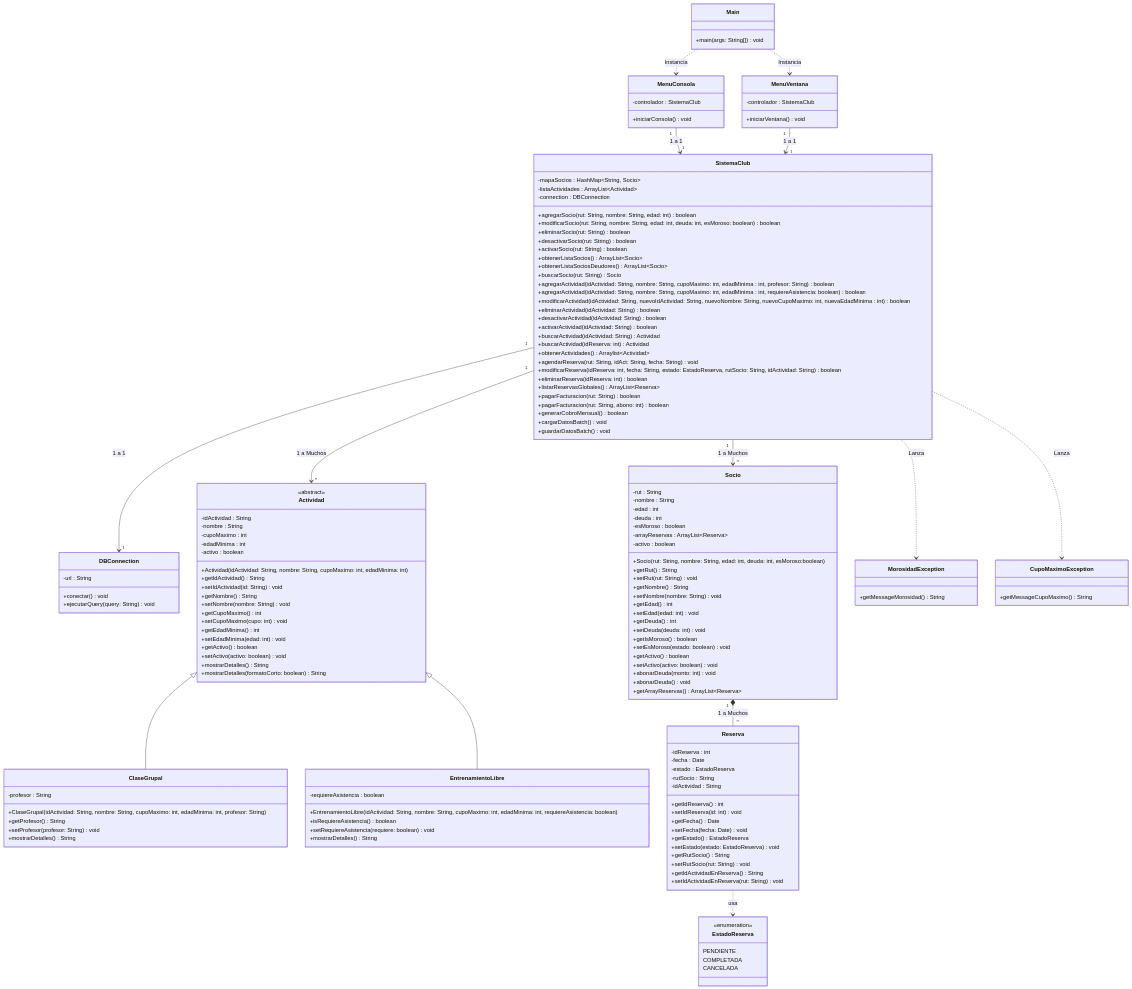
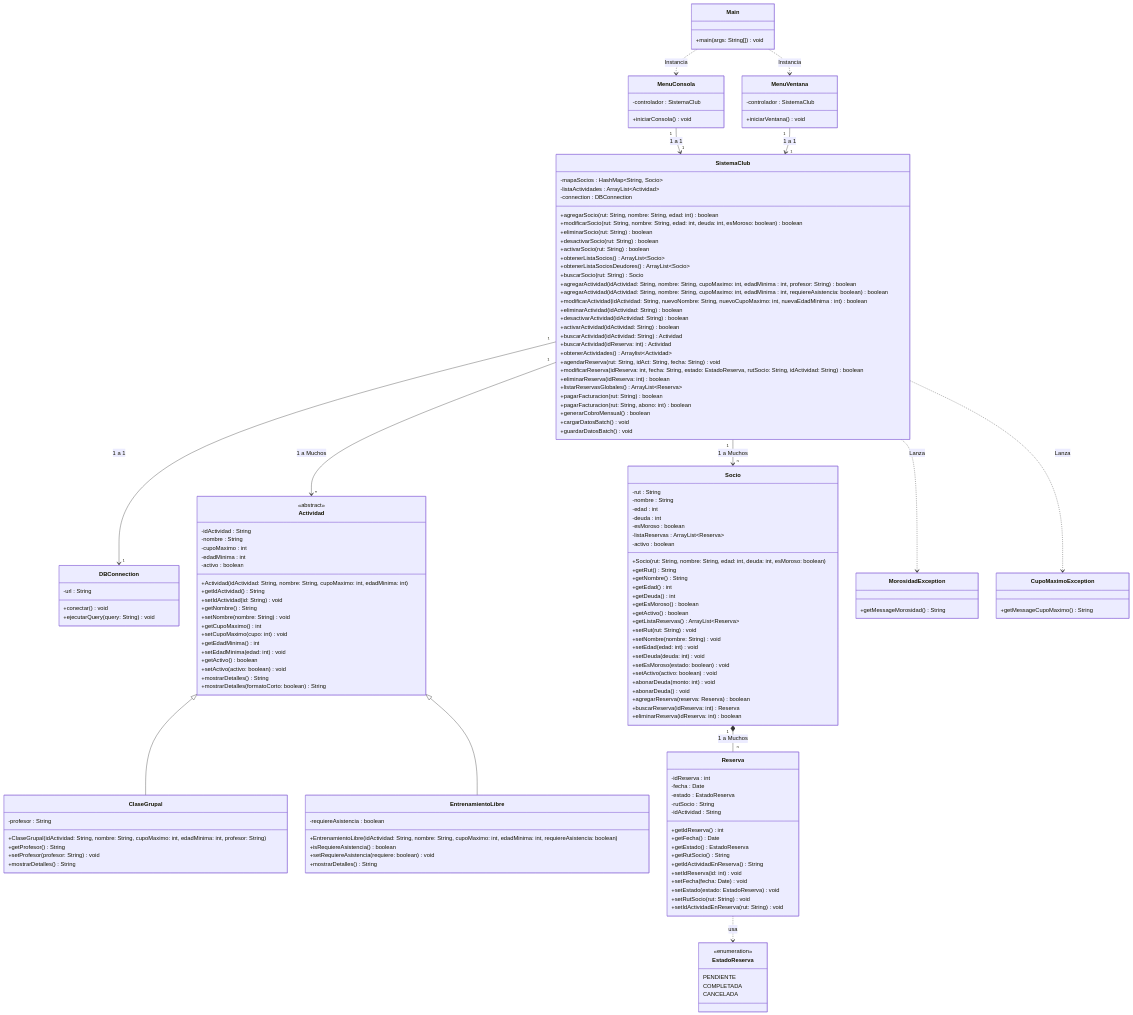
Before and after one commit to L3v1smpr/ProyectoProgramacionAvanzadaUno: the diagram in planificacion/Diagrama de Clases UML.md, drawn with Mermaid.

Commit message:
Actualización de diagrama de clases, acorde a nuevos cambios realizados en clases: Socio.java, Reserva.java

```diff
--- a/planificacion/Diagrama de Clases UML.md
+++ b/planificacion/Diagrama de Clases UML.md
@@ -7,31 +7,34 @@
         +main(args: String[]) void
     }
     
+    
     class MenuConsola {
         -controlador : SistemaClub
         +iniciarConsola() void
     }
+    
     
     class MenuVentana {
         -controlador : SistemaClub
         +iniciarVentana() void
     }
 
+
     class SistemaClub {
         -mapaSocios : HashMap~String, Socio~
         -listaActividades : ArrayList~Actividad~
         -connection : DBConnection
         +agregarSocio(rut: String, nombre: String, edad: int) boolean
-	   +modificarSocio(rut: String, nombre: String, edad: int, deuda: int, esMoroso: boolean) boolean
-	   +eliminarSocio(rut: String) boolean
-	   +desactivarSocio(rut: String) boolean
-	   +activarSocio(rut: String) boolean
-	   +obtenerListaSocios() ArrayList~Socio~
-	   +obtenerListaSociosDeudores() ArrayList~Socio~
-	   +buscarSocio(rut: String) Socio
+	    +modificarSocio(rut: String, nombre: String, edad: int, deuda: int, esMoroso: boolean) boolean
+	    +eliminarSocio(rut: String) boolean
+	    +desactivarSocio(rut: String) boolean
+	    +activarSocio(rut: String) boolean
+	    +obtenerListaSocios() ArrayList~Socio~
+	    +obtenerListaSociosDeudores() ArrayList~Socio~
+	    +buscarSocio(rut: String) Socio
         +agregarActividad(idActividad: String, nombre: String, cupoMaximo: int, edadMinima : int, profesor: String) boolean
         +agregarActividad(idActividad: String, nombre: String, cupoMaximo: int, edadMinima : int, requiereAsistencia: boolean) boolean
-        +modificarActividad(idActividad: String, nuevoIdActividad: String, nuevoNombre: String, nuevoCupoMaximo: int, nuevaEdadMinima : int) boolean
+        +modificarActividad(idActividad: String, nuevoNombre: String, nuevoCupoMaximo: int, nuevaEdadMinima : int) boolean
         +eliminarActividad(idActividad: String) boolean
         +desactivarActividad(idActividad: String) boolean
         +activarActividad(idActividad: String) boolean
@@ -49,11 +52,16 @@
         +guardarDatosBatch() void
     }
     
+    
+    
+    
     class DBConnection {
         -url : String
         +conectar() void
         +ejecutarQuery(query: String) void
     }
+
+
 
     %% ==========================================
     %% CAPA MODELO (Con Getters, Setters y Métodos de Negocio)
@@ -80,6 +88,11 @@
         +mostrarDetalles(formatoCorto: boolean) String
     }
     
+    
+    
+    
+    
+    
     class ClaseGrupal {
         -profesor : String
         +ClaseGrupal(idActividad: String, nombre: String, cupoMaximo: int, edadMinima: int, profesor: String)
@@ -87,6 +100,10 @@
         +setProfesor(profesor: String) void
         +mostrarDetalles() String
     }
+    
+
+    
+    
     
     class EntrenamientoLibre {
         -requiereAsistencia : boolean
@@ -102,24 +119,27 @@
         -edad : int
         -deuda : int
         -esMoroso : boolean
-        -arrayReservas : ArrayList~Reserva~
+        -listaReservas : ArrayList~Reserva~
         -activo : boolean
-        +Socio(rut: String, nombre: String, edad: int, deuda: int, esMoroso:boolean)
+        +Socio(rut: String, nombre: String, edad: int, deuda: int, esMoroso: boolean)
         +getRut() String
+        +getNombre() String
+        +getEdad() int
+        +getDeuda() int
+        +getEsMoroso() boolean
+        +getActivo() boolean
+        +getListaReservas() ArrayList~Reserva~
         +setRut(rut: String) void
-        +getNombre() String
         +setNombre(nombre: String) void
-        +getEdad() int
         +setEdad(edad: int) void
-        +getDeuda() int
         +setDeuda(deuda: int) void
-        +getIsMoroso() boolean
         +setEsMoroso(estado: boolean) void
-        +getActivo() boolean
         +setActivo(activo: boolean) void
         +abonarDeuda(monto: int) void
         +abonarDeuda() void
-        +getArrayReservas() ArrayList~Reserva~
+        +agregarReserva(reserva: Reserva) boolean
+        +buscarReserva(idReserva: int) Reserva
+        +eliminarReserva(idReserva: int) boolean
     }
     
     class Reserva {
@@ -129,16 +149,18 @@
         -rutSocio : String
 	-idActividad : String
         +getIdReserva() int
+        +getFecha() Date
+        +getEstado() EstadoReserva
+        +getRutSocio() String
+        +getIdActividadEnReserva() String
         +setIdReserva(id: int) void
-        +getFecha() Date
         +setFecha(fecha: Date) void
-        +getEstado() EstadoReserva
         +setEstado(estado: EstadoReserva) void
-        +getRutSocio() String
         +setRutSocio(rut: String) void
-		+getIdActividadEnReserva() String
-		+setIdActividadEnReserva	(rut: String) void
+		+setIdActividadEnReserva (rut: String) void
     }
+    
+    
     
     class EstadoReserva {
     		<<enumeration>>
```
